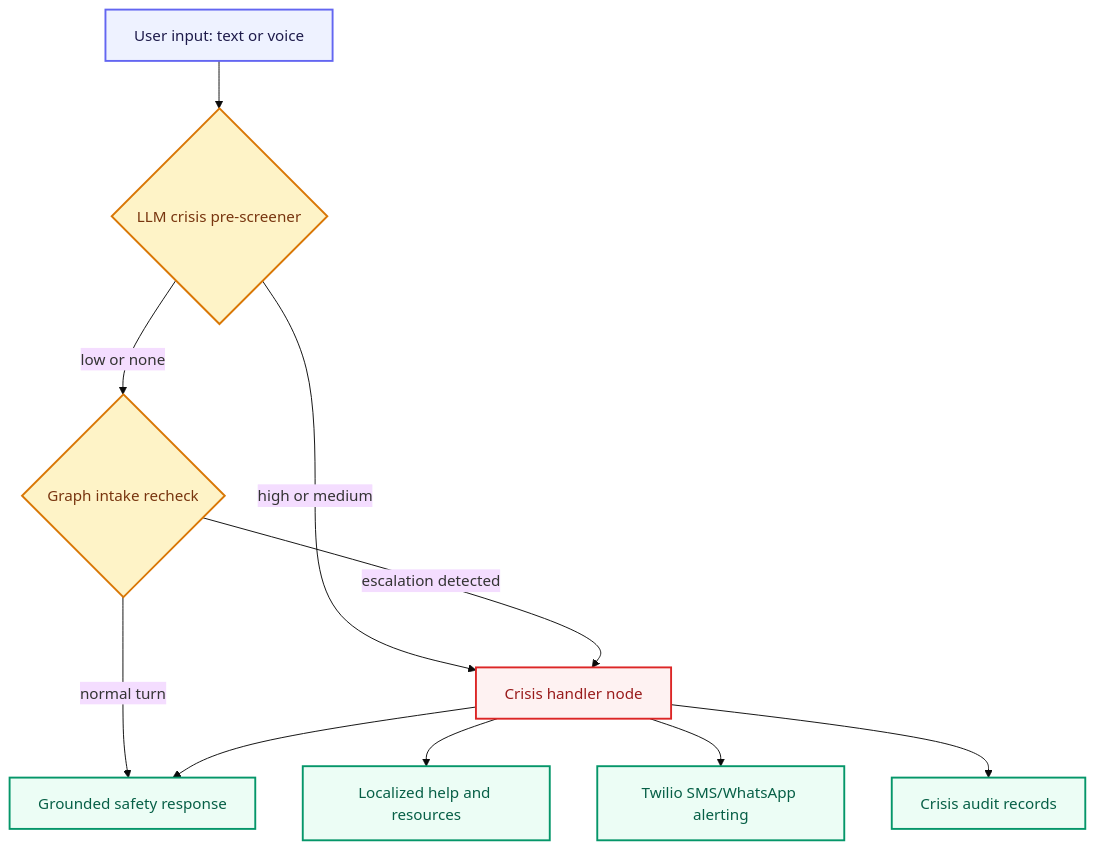
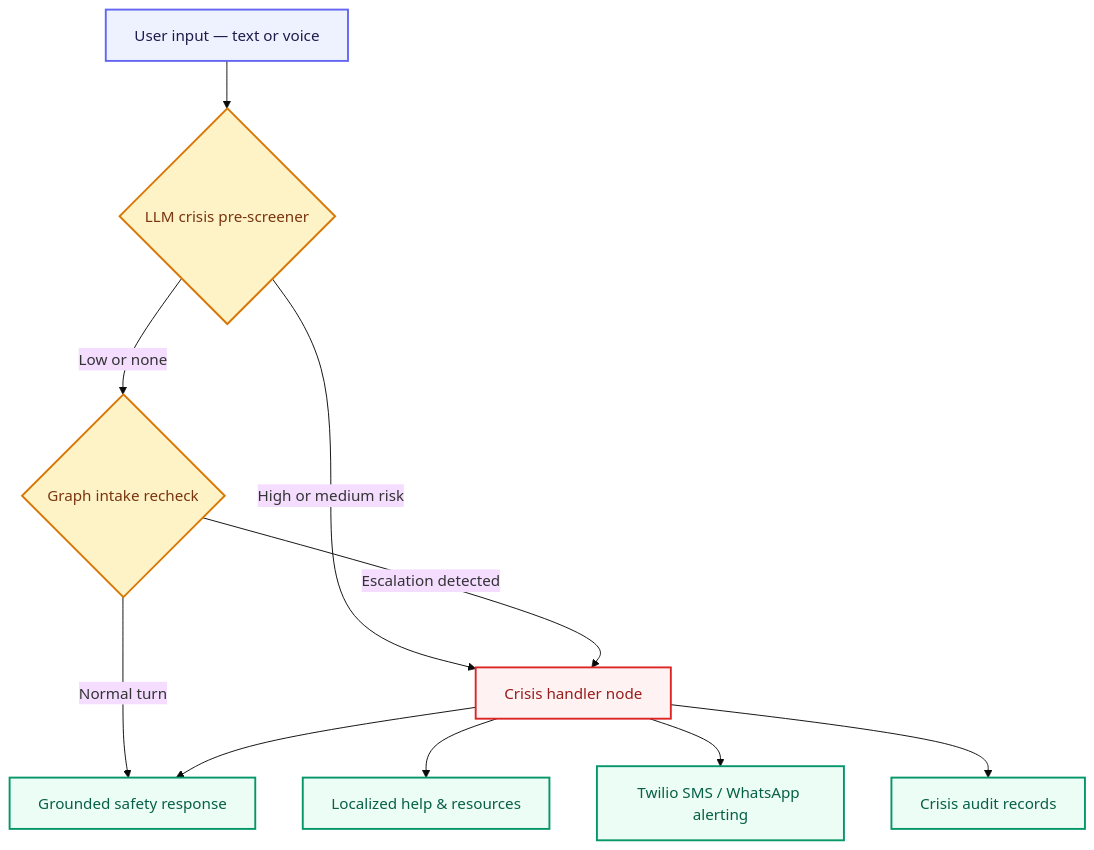
Diagram 12 of 18 in README.md (taha-mehmood-03/Personlaized-Trainer-Using-Agentic-AI), drawn with Mermaid (base theme) before and after one commit. The commit also changed other lines of this file, not shown here.

````diff
--- a/README.md
+++ b/README.md
@@ -854,23 +647,23 @@
 ```mermaid
 flowchart TD
-    classDef input fill:#EEF2FF,stroke:#6366F1,stroke-width:2px,color:#1E1B4B;
-    classDef decision fill:#FEF3C7,stroke:#D97706,stroke-width:2px,color:#78350F;
-    classDef crisis fill:#FEF2F2,stroke:#DC2626,stroke-width:2px,color:#991B1B;
-    classDef output fill:#ECFDF5,stroke:#059669,stroke-width:2px,color:#065F46;
+    classDef input fill:#EEF2FF,stroke:#6366F1,stroke-width:2px,color:#1E1B4B
+    classDef decision fill:#FEF3C7,stroke:#D97706,stroke-width:2px,color:#78350F
+    classDef crisis fill:#FEF2F2,stroke:#DC2626,stroke-width:2px,color:#991B1B
+    classDef output fill:#ECFDF5,stroke:#059669,stroke-width:2px,color:#065F46
 
-    Input["User input: text or voice"]:::input
+    Input["User input — text or voice"]:::input
     PreScreener{"LLM crisis pre-screener"}:::decision
     GraphCheck{"Graph intake recheck"}:::decision
     CrisisPath["Crisis handler node"]:::crisis
     SafetyResponse["Grounded safety response"]:::output
-    Resources["Localized help and resources"]:::output
-    Twilio["Twilio SMS/WhatsApp alerting"]:::output
+    Resources["Localized help & resources"]:::output
+    Twilio["Twilio SMS / WhatsApp alerting"]:::output
     Audit["Crisis audit records"]:::output
 
     Input --> PreScreener
-    PreScreener -- high or medium --> CrisisPath
-    PreScreener -- low or none --> GraphCheck
-    GraphCheck -- escalation detected --> CrisisPath
-    GraphCheck -- normal turn --> SafetyResponse
+    PreScreener -- High or medium risk --> CrisisPath
+    PreScreener -- Low or none --> GraphCheck
+    GraphCheck -- Escalation detected --> CrisisPath
+    GraphCheck -- Normal turn --> SafetyResponse
     CrisisPath --> SafetyResponse & Resources & Twilio & Audit
 ```
````
